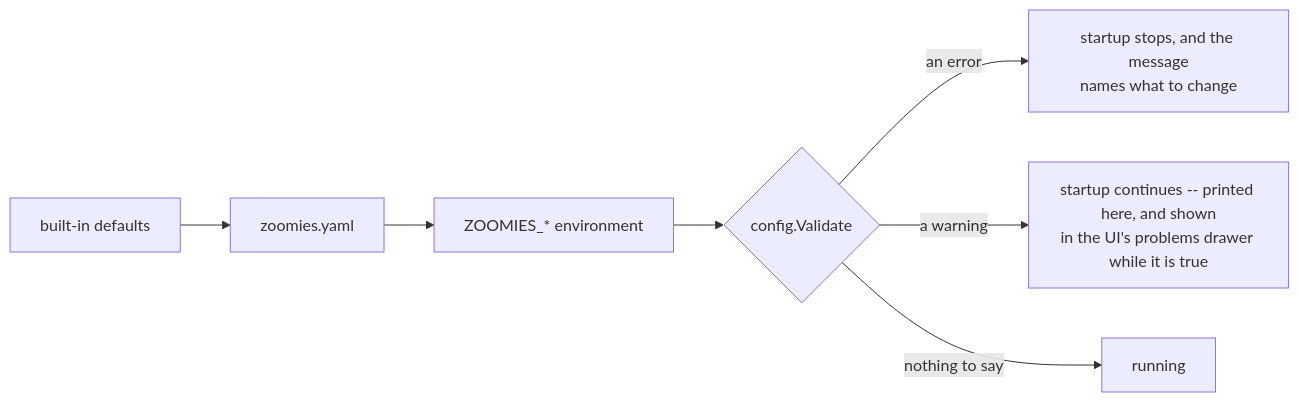
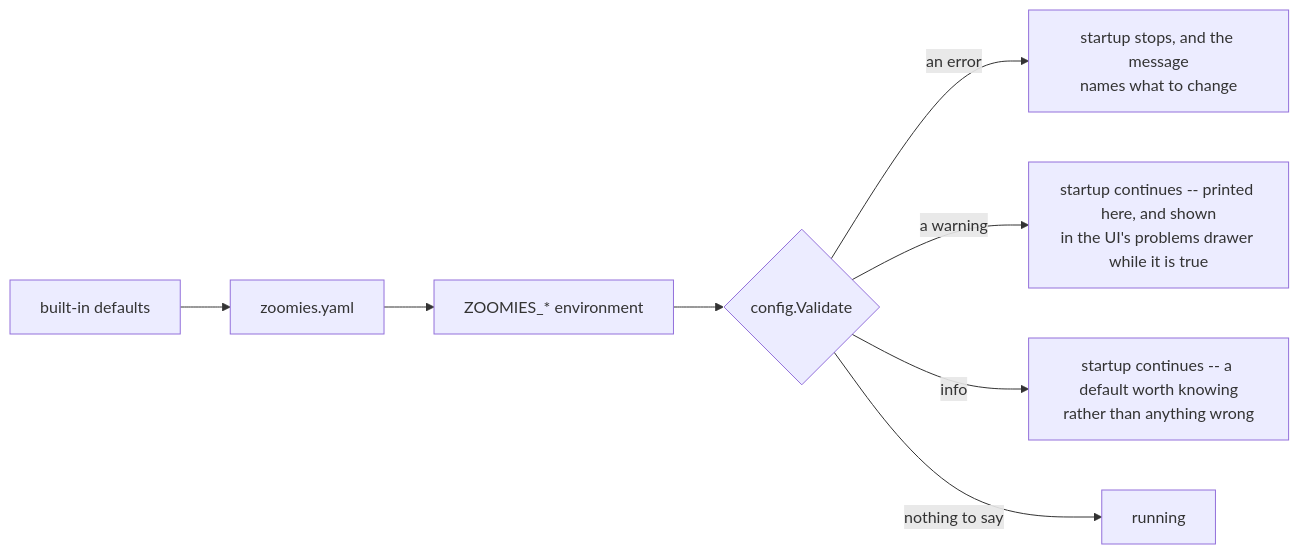
Before and after one commit to eyupio/zoomies: the diagram in docs/configuration.md, drawn with Mermaid. The commit also changed other lines of this file and 6 other files, not shown here.

````diff
--- a/docs/configuration.md
+++ b/docs/configuration.md
@@ -22,9 +22,10 @@
 ```mermaid
 flowchart LR
     d["built-in defaults"] --> f["zoomies.yaml"]
     f --> e["ZOOMIES_* environment"]
     e --> v{"config.Validate"}
     v -->|"an error"| stop["startup stops, and the message<br/>names what to change"]
     v -->|"a warning"| warn["startup continues -- printed here, and shown<br/>in the UI's problems drawer while it is true"]
+    v -->|"info"| note["startup continues -- a default worth knowing<br/>rather than anything wrong"]
     v -->|"nothing to say"| ok["running"]
 ```
````
